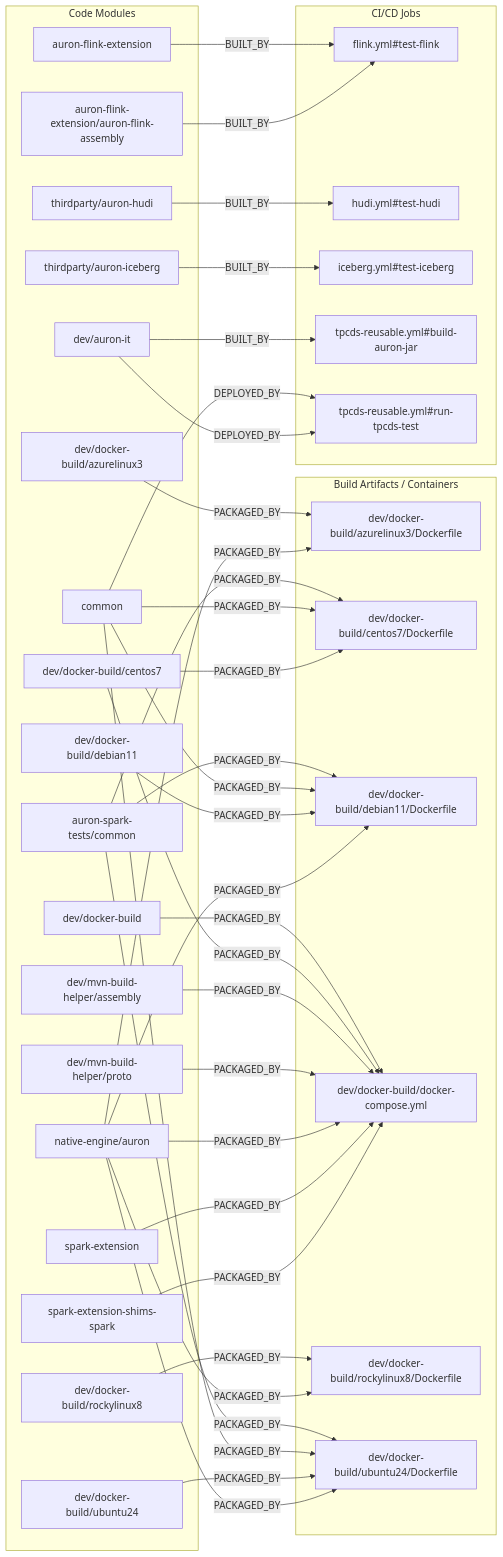
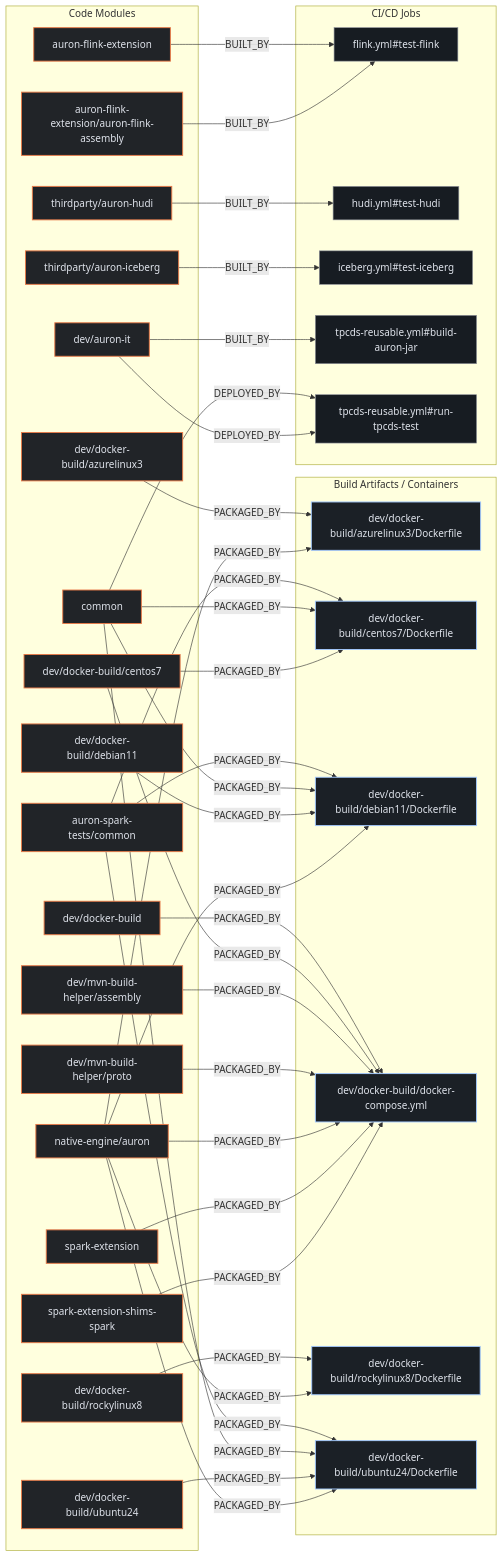
One commit to kumarshaz/atruss-code-atlas changed the second of 3 diagrams in exports/latest/reports/apache-auron-report.md. Above: the diagram before and after it, drawn with Mermaid. The commit also changed other lines of this file and 331 other files, not shown here.

Commit message:
docs,ui,fix: update SDLC docs, reorder CI/CD DAG first, stylize Mermaid, and fix Arc42 pipeline topology

````diff
--- a/exports/latest/reports/apache-auron-report.md
+++ b/exports/latest/reports/apache-auron-report.md
@@ -223,67 +230,71 @@
 ```mermaid
 flowchart LR
+    classDef atlasCategory fill:#212428,stroke:#E87A48,stroke-width:1.5px,color:#dfe3eb
+    classDef atlasWorkflow fill:#1b2026,stroke:#a3c9ff,stroke-width:1.5px,color:#dfe3eb
+    classDef atlasJob fill:#171c22,stroke:#8d9199,stroke-width:1px,color:#dfe3eb
+    classDef atlasTarget fill:#005227,stroke:#8bd99b,stroke-width:1.5px,color:#a7f6b6
     subgraph code_modules["Code Modules"]
-        mod_auron_flink_extension["auron-flink-extension"]
-        mod_auron_flink_extension_auron_flink_assembly["auron-flink-extension/auron-flink-assembly"]
-        mod_auron_spark_tests_common["auron-spark-tests/common"]
-        mod_common["common"]
-        mod_dev_auron_it["dev/auron-it"]
-        mod_dev_docker_build["dev/docker-build"]
-        mod_dev_docker_build_azurelinux3["dev/docker-build/azurelinux3"]
-        mod_dev_docker_build_centos7["dev/docker-build/centos7"]
-        mod_dev_docker_build_debian11["dev/docker-build/debian11"]
-        mod_dev_docker_build_rockylinux8["dev/docker-build/rockylinux8"]
-        mod_dev_docker_build_ubuntu24["dev/docker-build/ubuntu24"]
-        mod_dev_mvn_build_helper_assembly["dev/mvn-build-helper/assembly"]
-        mod_dev_mvn_build_helper_proto["dev/mvn-build-helper/proto"]
-        mod_native_engine_auron["native-engine/auron"]
-        mod_spark_extension["spark-extension"]
-        mod_spark_extension_shims_spark["spark-extension-shims-spark"]
-        mod_thirdparty_auron_hudi["thirdparty/auron-hudi"]
-        mod_thirdparty_auron_iceberg["thirdparty/auron-iceberg"]
+        mod_auron_flink_extension["auron-flink-extension"]:::atlasCategory
+        mod_auron_flink_extension_auron_flink_assembly["auron-flink-extension/auron-flink-assembly"]:::atlasCategory
+        mod_auron_spark_tests_common["auron-spark-tests/common"]:::atlasCategory
+        mod_common["common"]:::atlasCategory
+        mod_dev_auron_it["dev/auron-it"]:::atlasCategory
+        mod_dev_docker_build["dev/docker-build"]:::atlasCategory
+        mod_dev_docker_build_azurelinux3["dev/docker-build/azurelinux3"]:::atlasCategory
+        mod_dev_docker_build_centos7["dev/docker-build/centos7"]:::atlasCategory
+        mod_dev_docker_build_debian11["dev/docker-build/debian11"]:::atlasCategory
+        mod_dev_docker_build_rockylinux8["dev/docker-build/rockylinux8"]:::atlasCategory
+        mod_dev_docker_build_ubuntu24["dev/docker-build/ubuntu24"]:::atlasCategory
+        mod_dev_mvn_build_helper_assembly["dev/mvn-build-helper/assembly"]:::atlasCategory
+        mod_dev_mvn_build_helper_proto["dev/mvn-build-helper/proto"]:::atlasCategory
+        mod_native_engine_auron["native-engine/auron"]:::atlasCategory
+        mod_spark_extension["spark-extension"]:::atlasCategory
+        mod_spark_extension_shims_spark["spark-extension-shims-spark"]:::atlasCategory
+        mod_thirdparty_auron_hudi["thirdparty/auron-hudi"]:::atlasCategory
+        mod_thirdparty_auron_iceberg["thirdparty/auron-iceberg"]:::atlasCategory
     end
     subgraph build_artifacts["Build Artifacts / Containers"]
-        art_dev_docker_build_azurelinux3_Dockerfile["dev/docker-build/azurelinux3/Dockerfile"]
-        art_dev_docker_build_centos7_Dockerfile["dev/docker-build/centos7/Dockerfile"]
-        art_dev_docker_build_debian11_Dockerfile["dev/docker-build/debian11/Dockerfile"]
-        art_dev_docker_build_docker_compose_yml["dev/docker-build/docker-compose.yml"]
-        art_dev_docker_build_rockylinux8_Dockerfile["dev/docker-build/rockylinux8/Dockerfile"]
-        art_dev_docker_build_ubuntu24_Dockerfile["dev/docker-build/ubuntu24/Dockerfile"]
+        art_dev_docker_build_azurelinux3_Dockerfile["dev/docker-build/azurelinux3/Dockerfile"]:::atlasWorkflow
+        art_dev_docker_build_centos7_Dockerfile["dev/docker-build/centos7/Dockerfile"]:::atlasWorkflow
+        art_dev_docker_build_debian11_Dockerfile["dev/docker-build/debian11/Dockerfile"]:::atlasWorkflow
+        art_dev_docker_build_docker_compose_yml["dev/docker-build/docker-compose.yml"]:::atlasWorkflow
+        art_dev_docker_build_rockylinux8_Dockerfile["dev/docker-build/rockylinux8/Dockerfile"]:::atlasWorkflow
+        art_dev_docker_build_ubuntu24_Dockerfile["dev/docker-build/ubuntu24/Dockerfile"]:::atlasWorkflow
     end
     subgraph ci_jobs["CI/CD Jobs"]
-        job_flink_yml_test_flink["flink.yml#test-flink"]
-        job_hudi_yml_test_hudi["hudi.yml#test-hudi"]
-        job_iceberg_yml_test_iceberg["iceberg.yml#test-iceberg"]
-        job_tpcds_reusable_yml_build_auron_jar["tpcds-reusable.yml#build-auron-jar"]
-        job_tpcds_reusable_yml_run_tpcds_test["tpcds-reusable.yml#run-tpcds-test"]
+        job_flink_yml_test_flink["flink.yml#test-flink"]:::atlasJob
+        job_hudi_yml_test_hudi["hudi.yml#test-hudi"]:::atlasJob
+        job_iceberg_yml_test_iceberg["iceberg.yml#test-iceberg"]:::atlasJob
+        job_tpcds_reusable_yml_build_auron_jar["tpcds-reusable.yml#build-auron-jar"]:::atlasJob
+        job_tpcds_reusable_yml_run_tpcds_test["tpcds-reusable.yml#run-tpcds-test"]:::atlasJob
     end
     mod_auron_flink_extension -->|BUILT_BY| job_flink_yml_test_flink
     mod_auron_flink_extension_auron_flink_assembly -->|BUILT_BY| job_flink_yml_test_flink
     mod_auron_spark_tests_common -->|PACKAGED_BY| art_dev_docker_build_centos7_Dockerfile
     mod_auron_spark_tests_common -->|PACKAGED_BY| art_dev_docker_build_debian11_Dockerfile
     mod_auron_spark_tests_common -->|PACKAGED_BY| art_dev_docker_build_ubuntu24_Dockerfile
     mod_common -->|DEPLOYED_BY| job_tpcds_reusable_yml_run_tpcds_test
     mod_common -->|PACKAGED_BY| art_dev_docker_build_centos7_Dockerfile
     mod_common -->|PACKAGED_BY| art_dev_docker_build_debian11_Dockerfile
     mod_common -->|PACKAGED_BY| art_dev_docker_build_ubuntu24_Dockerfile
     mod_dev_auron_it -->|BUILT_BY| job_tpcds_reusable_yml_build_auron_jar
     mod_dev_auron_it -->|DEPLOYED_BY| job_tpcds_reusable_yml_run_tpcds_test
     mod_dev_docker_build -->|PACKAGED_BY| art_dev_docker_build_docker_compose_yml
     mod_dev_docker_build_azurelinux3 -->|PACKAGED_BY| art_dev_docker_build_azurelinux3_Dockerfile
     mod_dev_docker_build_centos7 -->|PACKAGED_BY| art_dev_docker_build_centos7_Dockerfile
     mod_dev_docker_build_centos7 -->|PACKAGED_BY| art_dev_docker_build_docker_compose_yml
     mod_dev_docker_build_debian11 -->|PACKAGED_BY| art_dev_docker_build_debian11_Dockerfile
     mod_dev_docker_build_rockylinux8 -->|PACKAGED_BY| art_dev_docker_build_rockylinux8_Dockerfile
     mod_dev_docker_build_ubuntu24 -->|PACKAGED_BY| art_dev_docker_build_ubuntu24_Dockerfile
     mod_dev_mvn_build_helper_assembly -->|PACKAGED_BY| art_dev_docker_build_docker_compose_yml
     mod_dev_mvn_build_helper_proto -->|PACKAGED_BY| art_dev_docker_build_docker_compose_yml
     mod_native_engine_auron -->|PACKAGED_BY| art_dev_docker_build_azurelinux3_Dockerfile
     mod_native_engine_auron -->|PACKAGED_BY| art_dev_docker_build_debian11_Dockerfile
     mod_native_engine_auron -->|PACKAGED_BY| art_dev_docker_build_docker_compose_yml
     mod_native_engine_auron -->|PACKAGED_BY| art_dev_docker_build_rockylinux8_Dockerfile
     mod_native_engine_auron -->|PACKAGED_BY| art_dev_docker_build_ubuntu24_Dockerfile
     mod_spark_extension -->|PACKAGED_BY| art_dev_docker_build_docker_compose_yml
     mod_spark_extension_shims_spark -->|PACKAGED_BY| art_dev_docker_build_docker_compose_yml
     mod_thirdparty_auron_hudi -->|BUILT_BY| job_hudi_yml_test_hudi
     mod_thirdparty_auron_iceberg -->|BUILT_BY| job_iceberg_yml_test_iceberg
 ```
````
